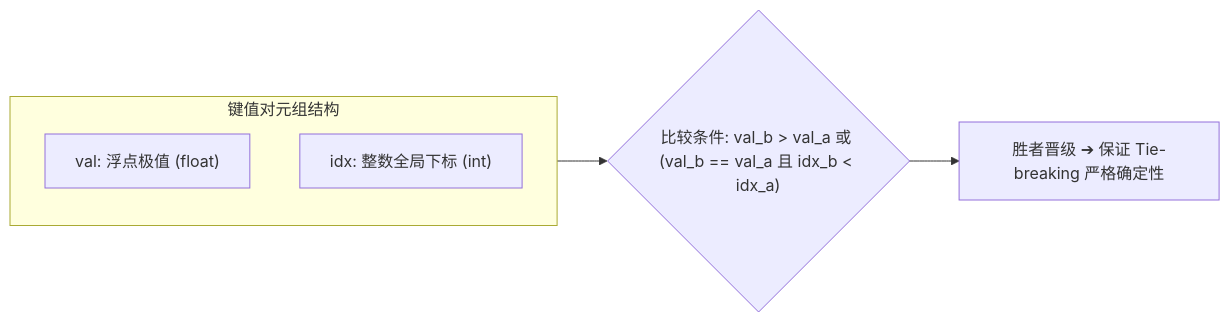
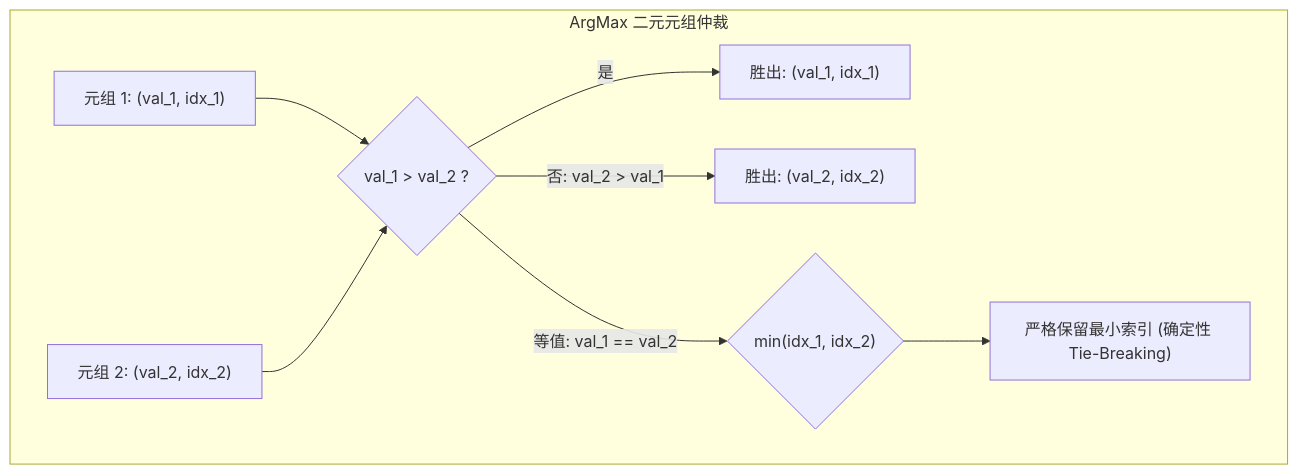
One commit to hsthanb4/hpclearning changed the first of 2 diagrams in cuda/lesson12_argmax.qmd. Above: the diagram before and after it, drawn with Mermaid. The commit also changed other lines of this file and 89 other files, not shown here.

Commit message:
style(docs): relocate images and diagrams adjacent to their textual references across all lessons

````diff
--- a/cuda/lesson12_argmax.qmd
+++ b/cuda/lesson12_argmax.qmd
@@ -30,9 +35,11 @@
 ```{mermaid}
-flowchart LR
-    subgraph Pair["键值对元组结构"]
-        Val["val: 浮点极值 (float)"]
-        Idx["idx: 整数全局下标 (int)"]
+flowchart TD
+    subgraph TupleReduction["ArgMax 二元元组仲裁"]
+        P1["元组 1: (val_1, idx_1)"] --> Cmp{"val_1 > val_2 ?"}
+        P2["元组 2: (val_2, idx_2)"] --> Cmp
+        Cmp -->|是| Win1["胜出: (val_1, idx_1)"]
+        Cmp -->|否: val_2 > val_1| Win2["胜出: (val_2, idx_2)"]
+        Cmp -->|等值: val_1 == val_2| Tie{"min(idx_1, idx_2)"}
+        Tie --> Deterministic["严格保留最小索引 (确定性 Tie-Breaking)"]
     end
-    Pair --> Logic{"比较条件: val_b > val_a 或 (val_b == val_a 且 idx_b < idx_a)"}
-    Logic --> Winner["胜者晋级 ➔ 保证 Tie-breaking 严格确定性"]
 ```
````
